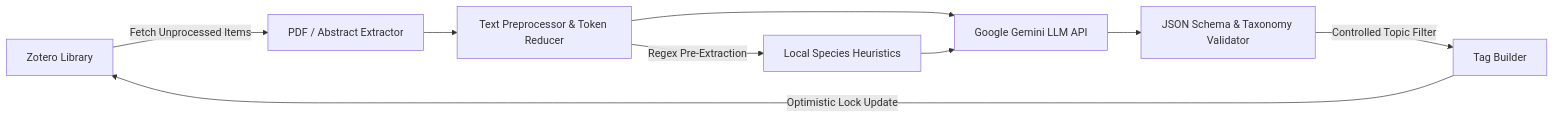
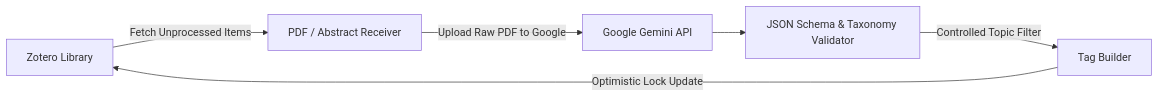
One commit to exTerEX/zotero-tagger changed the diagram in README.md. Above: the diagram before and after it, drawn with Mermaid. The commit also changed other lines of this file and 25 other files, not shown here.

Commit message:
feat: Moved away from local pdf text extraction to multi-modal direct extraction of tags

````diff
--- a/README.md
+++ b/README.md
@@ -42,10 +36,8 @@
 ```mermaid
 flowchart LR
-    A[Zotero Library] -->|Fetch Unprocessed Items| B[PDF / Abstract Extractor]
-    B --> C[Text Preprocessor & Token Reducer]
-    C -->|Regex Pre-Extraction| D[Local Species Heuristics]
-    C & D --> E[Google Gemini LLM API]
-    E --> F[JSON Schema & Taxonomy Validator]
-    F -->|Controlled Topic Filter| G[Tag Builder]
-    G -->|Optimistic Lock Update| A
+    A[Zotero Library] -->|Fetch Unprocessed Items| B[PDF / Abstract Receiver]
+    B -->|Upload Raw PDF to Google| C[Google Gemini API]
+    C --> D[JSON Schema & Taxonomy Validator]
+    D -->|Controlled Topic Filter| E[Tag Builder]
+    E -->|Optimistic Lock Update| A
 ```
````
